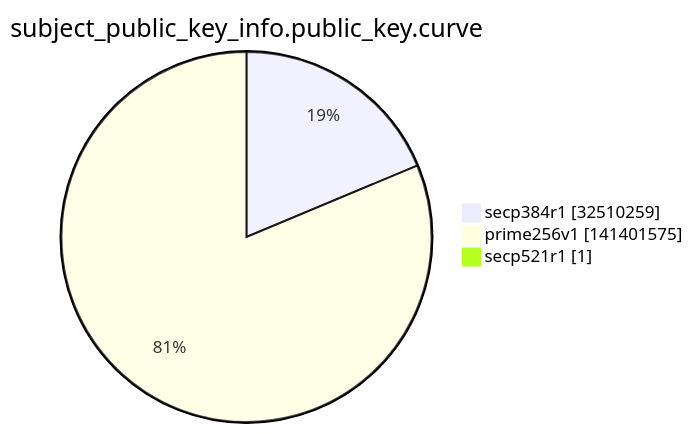
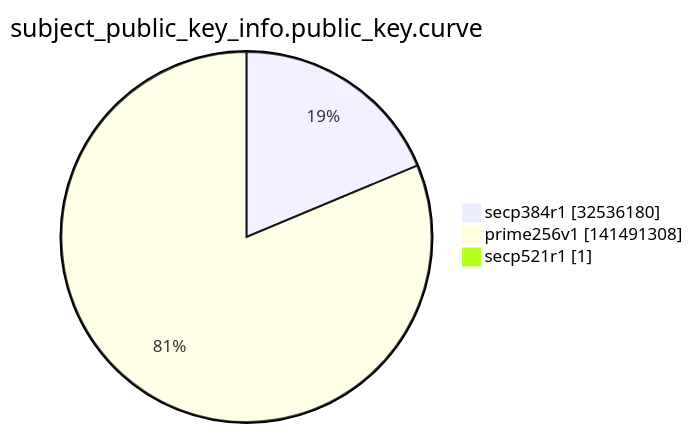
The ninth of 15 diagrams in argon2022/README.md (christiankrug/ctmonitor_visualization), drawn with Mermaid before and after one commit. The commit also changed other lines of this file, not shown here.

````diff
--- a/argon2022/README.md
+++ b/argon2022/README.md
@@ -2763,7 +2763,7 @@
 ```mermaid
 pie showData
 title subject_public_key_info.public_key.curve
-"secp384r1" :32510259
-"prime256v1" :141401575
+"secp384r1" :32536180
+"prime256v1" :141491308
 "secp521r1" :1
 ```
````
